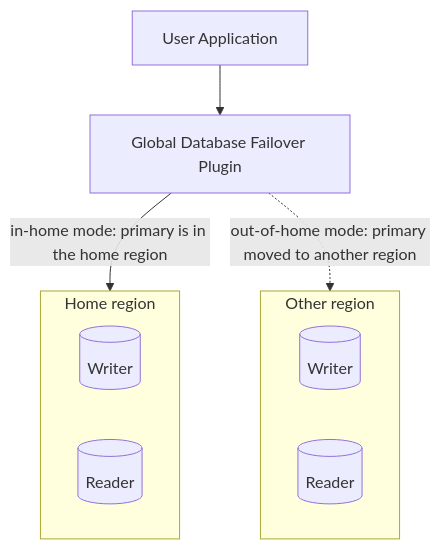
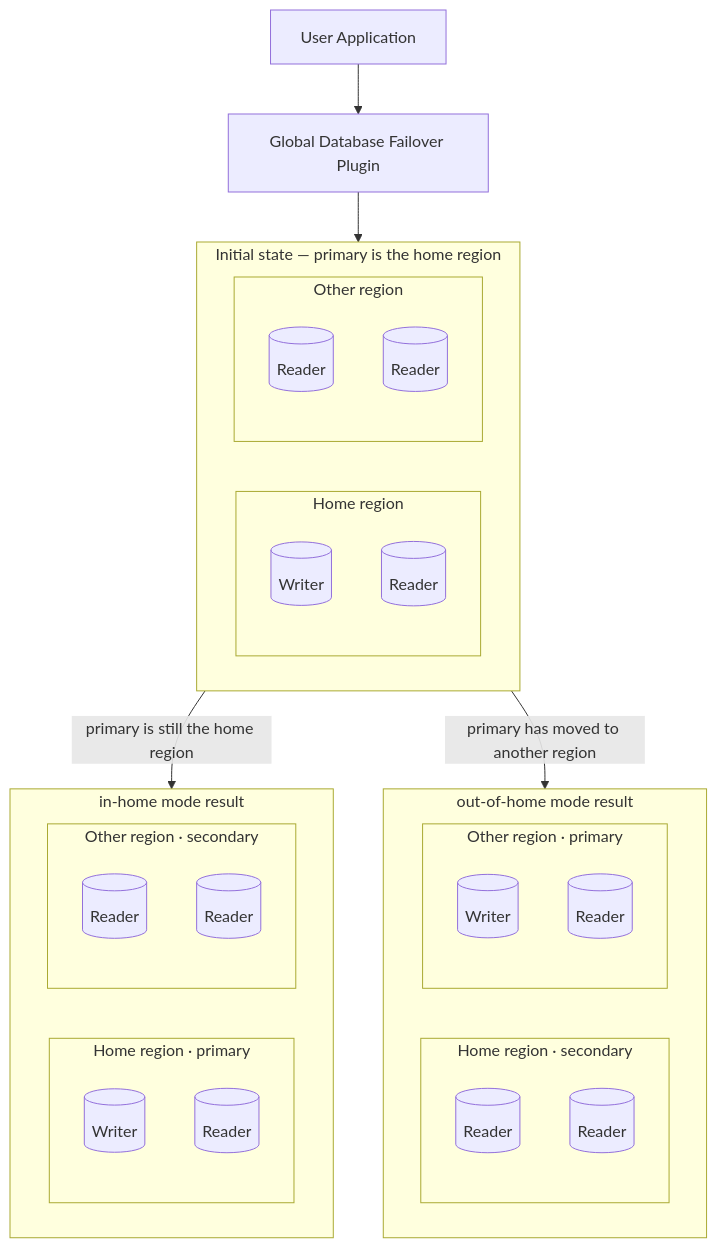
The diagram in site/docs-ruby/using-plugins/gdb-failover.md (aws/aws-advanced-wrapper-docs), drawn with Mermaid before and after one commit. The commit also changed other lines of this file and 25 other files, not shown here.

````diff
--- a/site/docs-ruby/using-plugins/gdb-failover.md
+++ b/site/docs-ruby/using-plugins/gdb-failover.md
@@ -23,17 +23,48 @@
 ```mermaid
 flowchart TB
   App[User Application] --> Plugin[Global Database Failover Plugin]
 
-  subgraph HOME[Home region]
-    HW[(Writer)]
-    HR[(Reader)]
+  %% Scene 1 — initial topology: the home region is the primary, so it holds the single writer.
+  subgraph INIT["Initial state — primary is the home region"]
+    direction LR
+    subgraph IH[Home region]
+      IHW[(Writer)]
+      IHR[(Reader)]
+    end
+    subgraph IO[Other region]
+      IOR1[(Reader)]
+      IOR2[(Reader)]
+    end
   end
 
-  subgraph OOH[Other region]
-    OW[(Writer)]
-    OR[(Reader)]
+  Plugin --> INIT
+
+  %% Two conditions the plugin distinguishes at failover time. Only one region is
+  %% ever the primary/writer, so exactly one of these applies.
+  INIT -->|"primary is still the home region"| INHOME
+  INIT -->|"primary has moved to another region"| OUTHOME
+
+  subgraph INHOME["in-home mode result"]
+    direction LR
+    subgraph IH2[Home region · primary]
+      IH2W[(Writer)]
+      IH2R[(Reader)]
+    end
+    subgraph IO2[Other region · secondary]
+      IO2R1[(Reader)]
+      IO2R2[(Reader)]
+    end
   end
 
-  Plugin -->|in-home mode: primary is in the home region| HOME
-  Plugin -.->|out-of-home mode: primary moved to another region| OOH
+  subgraph OUTHOME["out-of-home mode result"]
+    direction LR
+    subgraph IH3[Home region · secondary]
+      IH3R1[(Reader)]
+      IH3R2[(Reader)]
+    end
+    subgraph IO3[Other region · primary]
+      IO3W[(Writer)]
+      IO3R[(Reader)]
+    end
+  end
 ```
````
